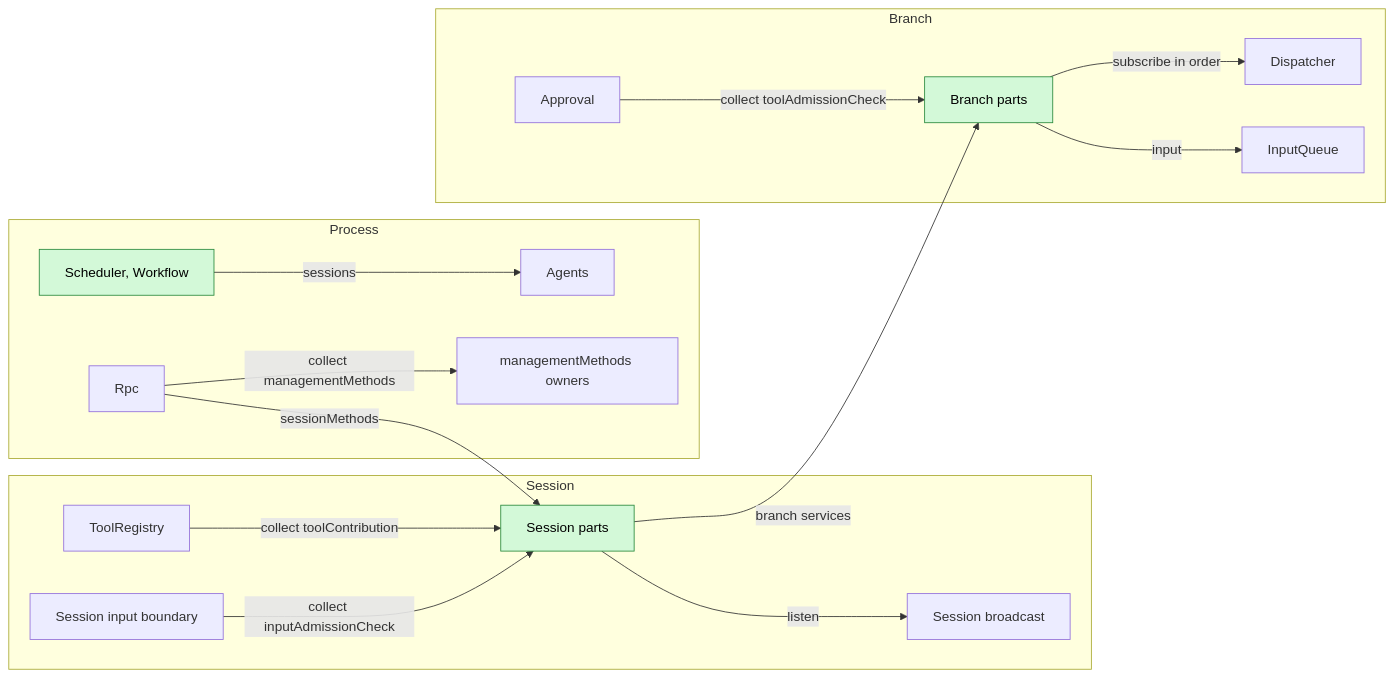
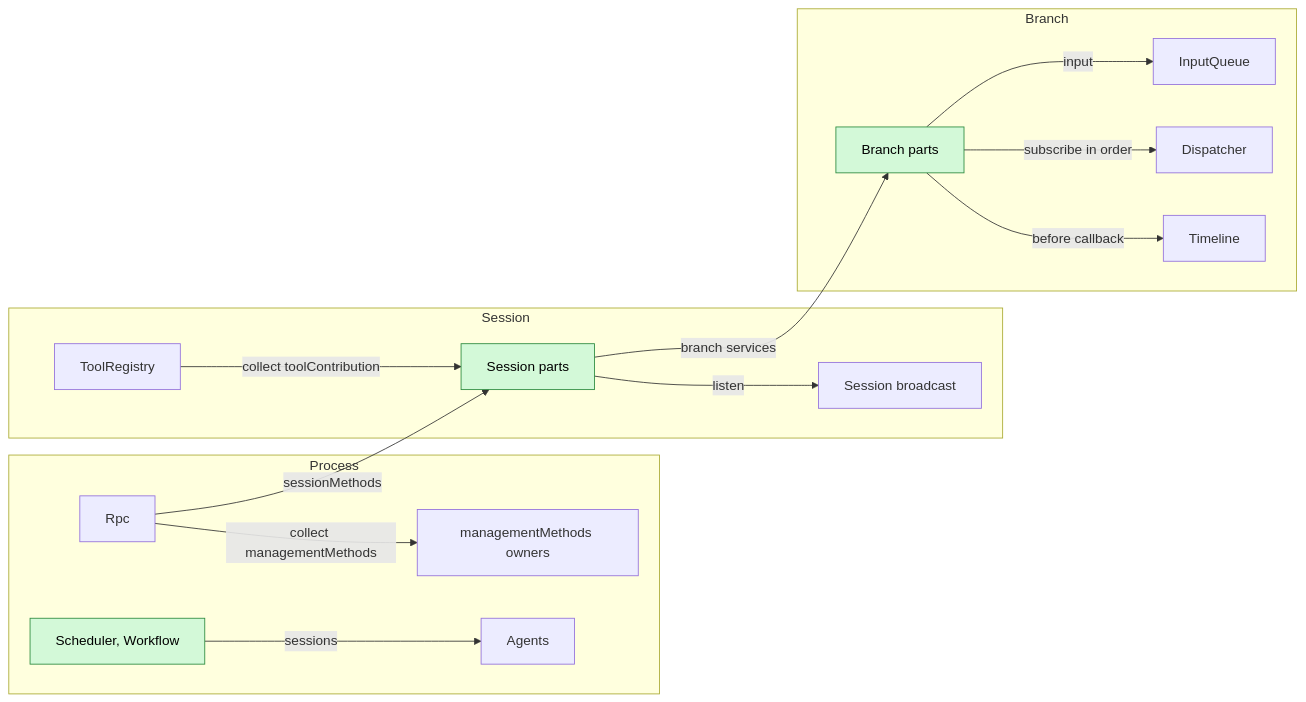
Before and after one commit to CoutinhoTTS/dim-agent: the second of 8 diagrams in docs/design/overview.md, drawn with Mermaid. The commit also changed other lines of this file and 18 other files, not shown here.

First line of the commit message:
docs(design): hooks via asynchronous before callbacks and withdraw/delete input events

````diff
--- a/docs/design/overview.md
+++ b/docs/design/overview.md
@@ -106,33 +105,31 @@
 ```mermaid
 flowchart LR
   classDef new fill:#d3f9d8,stroke:#2b8a3e,color:#000
 
   subgraph PROC["Process"]
     Rpc["Rpc"]
     Agents["Agents"]
     SchedP["Scheduler, Workflow"]:::new
     MM["managementMethods owners"]
   end
   subgraph SES["Session"]
     TR["ToolRegistry"]
     BC["Session broadcast"]
-    IB["Session input boundary"]
     SP["Session parts"]:::new
   end
   subgraph BR["Branch"]
-    AP["Approval"]
+    TL["Timeline"]
     DP["Dispatcher"]
     IQ["InputQueue"]
     BP["Branch parts"]:::new
   end
   Rpc -->|"collect managementMethods"| MM
   Rpc -->|"sessionMethods"| SP
   TR -->|"collect toolContribution"| SP
-  IB -->|"collect inputAdmissionCheck"| SP
   SP -->|"listen"| BC
-  AP -->|"collect toolAdmissionCheck"| BP
+  BP -->|"before callback"| TL
   BP -->|"subscribe in order"| DP
   BP -->|"input"| IQ
   SchedP -->|"sessions"| Agents
   SP -->|"branch services"| BP
 ```
````
